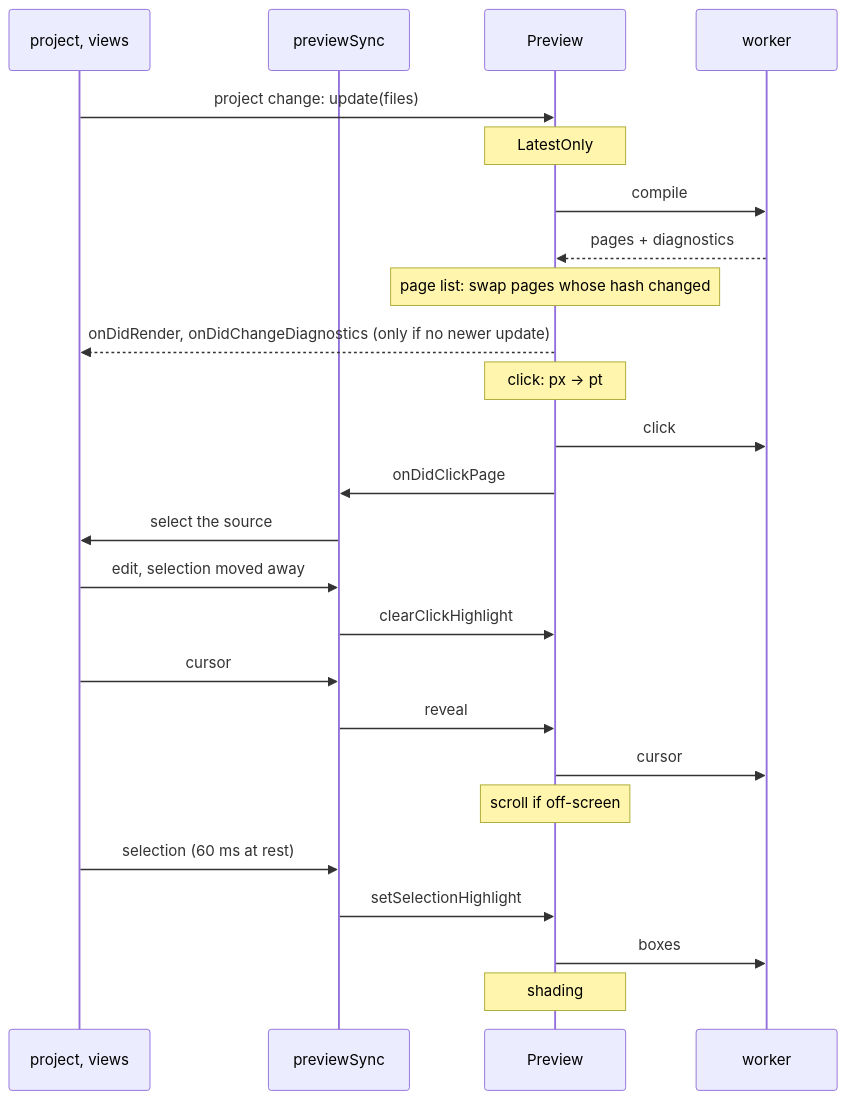
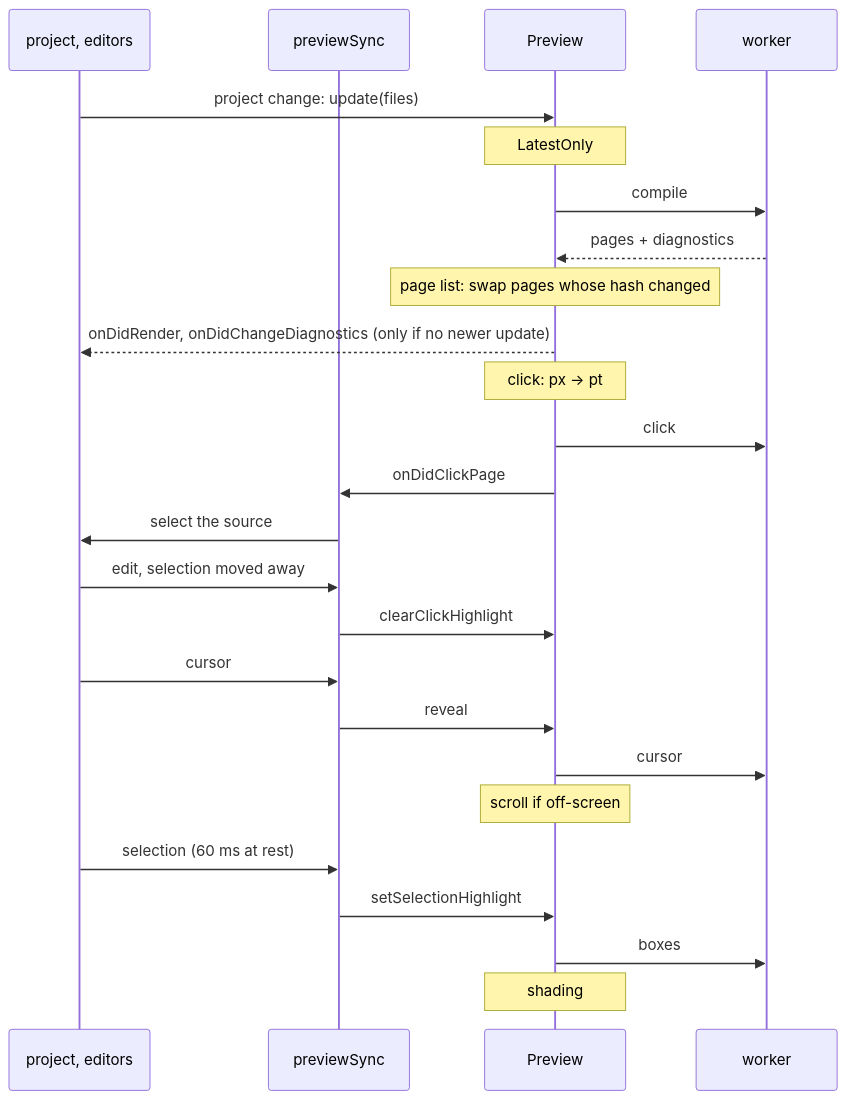
One commit to sandstorm/zwiebelfisch changed the diagram in docs/diagrams/preview-flow.mmd. Above: the diagram before and after it, drawn with Mermaid. The commit also changed 92 other files, not shown here.

First line of the commit message:
Editors, not views: docs, comments and test titles

```diff
--- a/docs/diagrams/preview-flow.mmd
+++ b/docs/diagrams/preview-flow.mmd
@@ -1,25 +1,25 @@
 sequenceDiagram
-  participant E as project, views
+  participant E as project, editors
   participant S as previewSync
   participant P as Preview
   participant W as worker
   E->>P: project change: update(files)
   Note over P: LatestOnly
   P->>W: compile
   W-->>P: pages + diagnostics
   Note over P: page list: swap pages whose hash changed
   P-->>E: onDidRender, onDidChangeDiagnostics (only if no newer update)
   Note over P: click: px → pt
   P->>W: click
   P->>S: onDidClickPage
   S->>E: select the source
   E->>S: edit, selection moved away
   S->>P: clearClickHighlight
   E->>S: cursor
   S->>P: reveal
   P->>W: cursor
   Note over P: scroll if off-screen
   E->>S: selection (60 ms at rest)
   S->>P: setSelectionHighlight
   P->>W: boxes
   Note over P: shading
```
